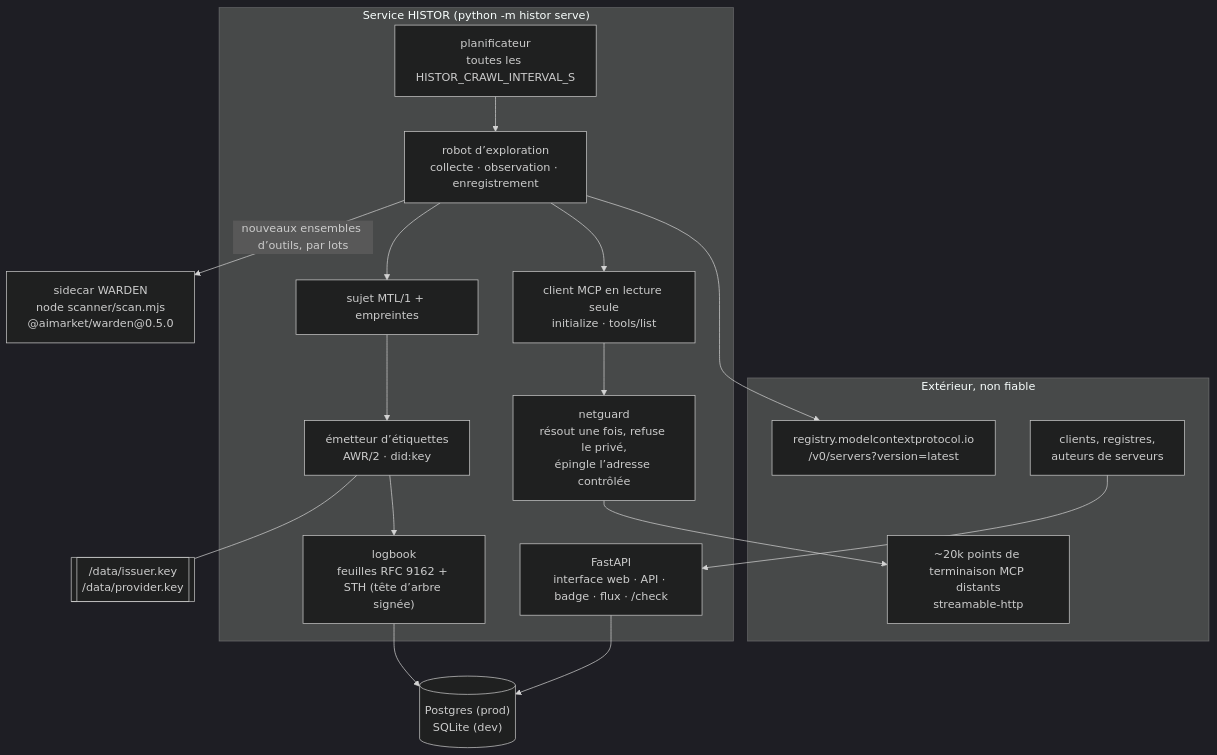
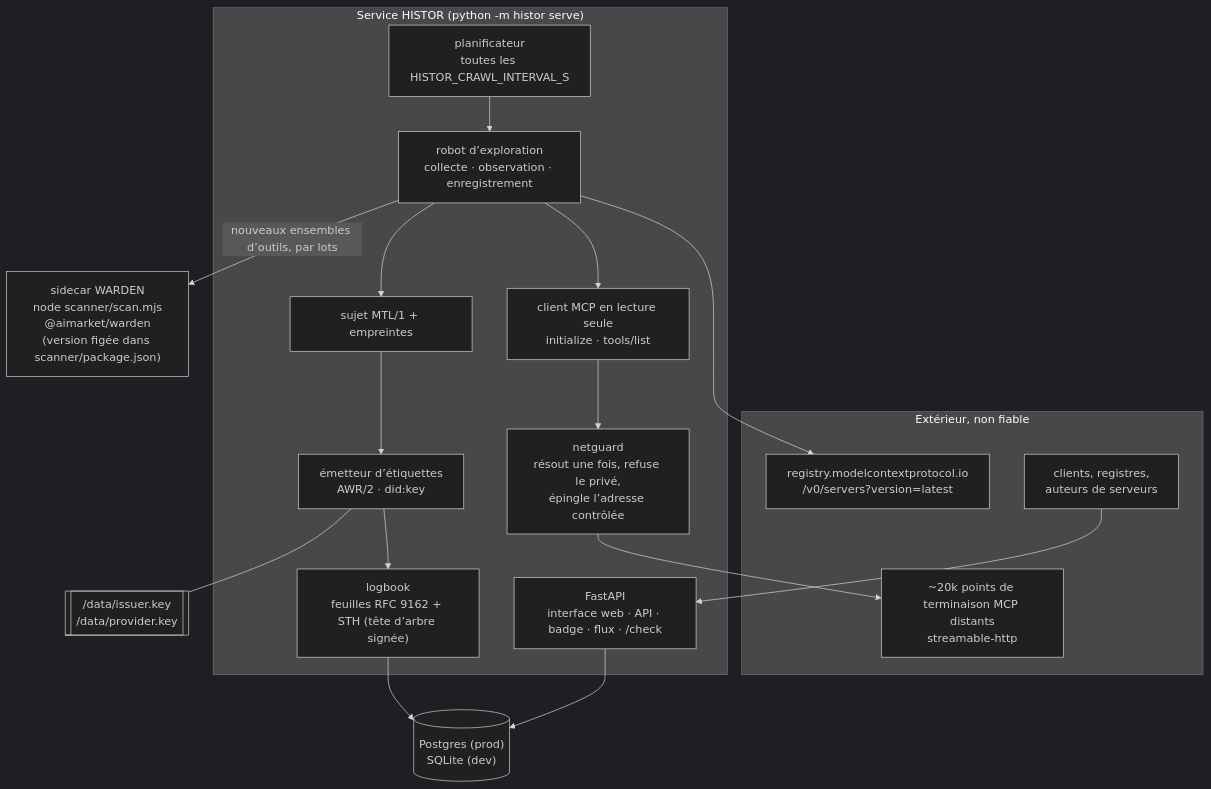
Before and after one commit to alexar76/histor: the first of 4 diagrams in docs/architecture.fr.md, drawn with Mermaid (dark theme). The commit also changed 14 other files, not shown here.

````diff
--- a/docs/architecture.fr.md
+++ b/docs/architecture.fr.md
@@ -9,30 +9,30 @@
 ```mermaid
 flowchart TB
     subgraph Outside["Extérieur, non fiable"]
         REG["registry.modelcontextprotocol.io<br/>/v0/servers?version=latest"]
         MCP["~20k points de terminaison MCP distants<br/>streamable-http"]
         CLIENT["clients, registres,<br/>auteurs de serveurs"]
     end
     subgraph Service["Service HISTOR (python -m histor serve)"]
         SCHED["planificateur<br/>toutes les HISTOR_CRAWL_INTERVAL_S"]
         CRAWL["robot d’exploration<br/>collecte · observation · enregistrement"]
         GUARD["netguard<br/>résout une fois, refuse le privé,<br/>épingle l’adresse contrôlée"]
         READER["client MCP en lecture seule<br/>initialize · tools/list"]
         SUBJ["sujet MTL/1 + empreintes"]
         LABELS["émetteur d’étiquettes<br/>AWR/2 · did:key"]
         LOG["logbook<br/>feuilles RFC 9162 + STH (tête d’arbre signée)"]
         API["FastAPI<br/>interface web · API · badge · flux · /check"]
     end
-    SIDE["sidecar WARDEN<br/>node scanner/scan.mjs<br/>@aimarket/warden@0.5.0"]
+    SIDE["sidecar WARDEN<br/>node scanner/scan.mjs<br/>@aimarket/warden<br/>(version figée dans scanner/package.json)"]
     DB[("Postgres (prod)<br/>SQLite (dev)")]
     KEY[["/data/issuer.key<br/>/data/provider.key"]]
 
     SCHED --> CRAWL
     CRAWL --> REG
     CRAWL --> READER --> GUARD --> MCP
     CRAWL --> SUBJ --> LABELS --> LOG --> DB
     CRAWL -- "nouveaux ensembles d’outils, par lots" --> SIDE
     LABELS --- KEY
     API --> DB
     CLIENT --> API
 ```
````
